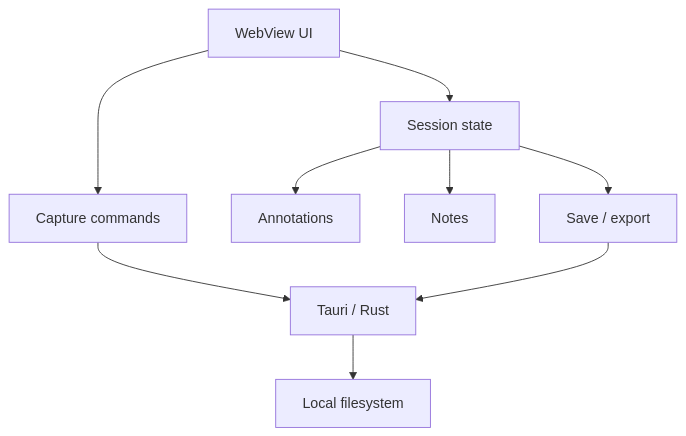
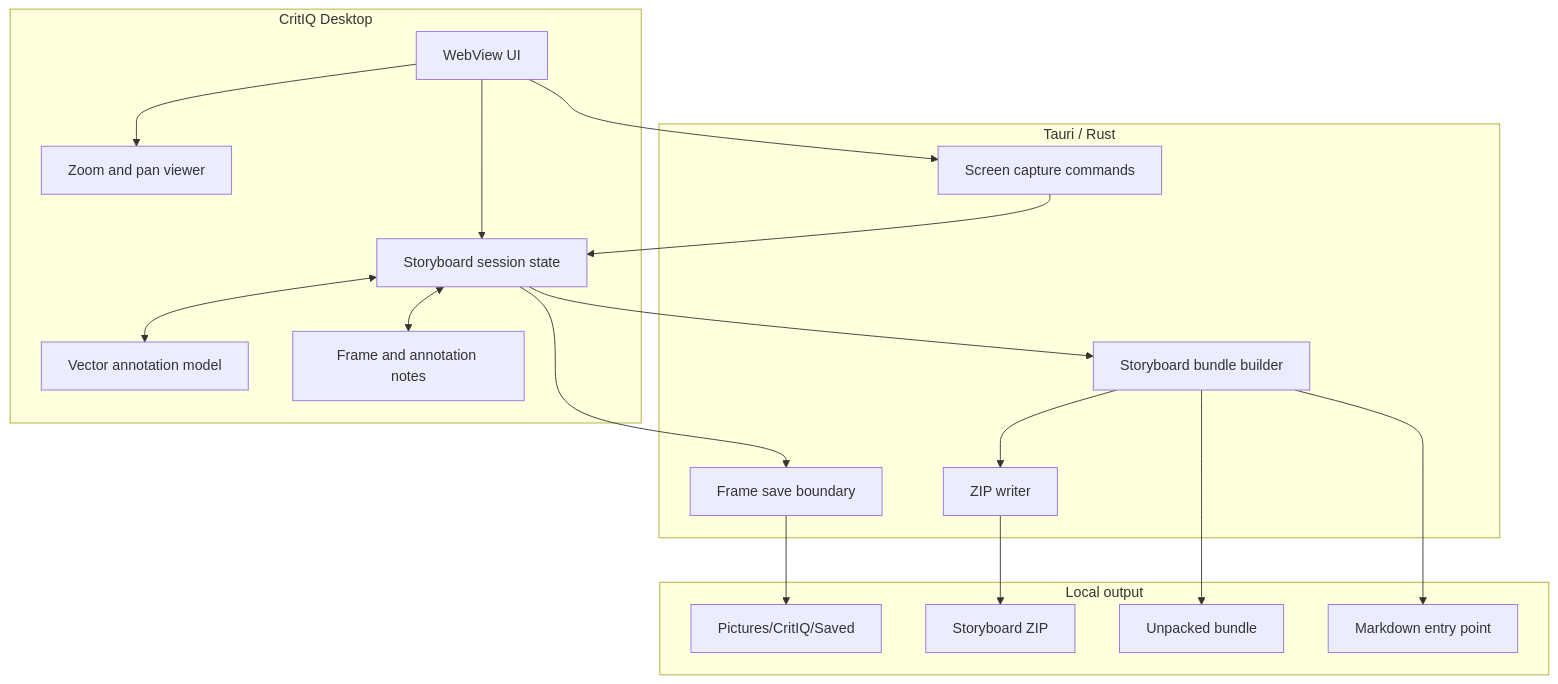
The second of 2 diagrams in README.md (MythologIQ-Labs-LLC/CritIQ), drawn with Mermaid before and after one commit. The commit also changed other lines of this file and 47 other files, not shown here.

First line of the commit message:
Complete CritIQ local desktop feature set (#8)

````diff
--- a/README.md
+++ b/README.md
@@ -80,11 +142,38 @@
 ```mermaid
 flowchart TB
-    UI[WebView UI] --> SESSION[Session state]
-    UI --> CAPTURE[Capture commands]
-    SESSION --> MARKUP[Annotations]
-    SESSION --> NOTES[Notes]
-    SESSION --> EXPORT[Save / export]
-    CAPTURE --> RUST[Tauri / Rust]
-    EXPORT --> RUST
-    RUST --> LOCAL[Local filesystem]
+    subgraph Desktop[CritIQ Desktop]
+        UI[WebView UI]
+        SESSION[Storyboard session state]
+        MARKUP[Vector annotation model]
+        NOTES[Frame and annotation notes]
+        VIEWER[Zoom and pan viewer]
+    end
+
+    subgraph Rust[Tauri / Rust]
+        CAPTURE[Screen capture commands]
+        SAVE[Frame save boundary]
+        BUNDLE[Storyboard bundle builder]
+        ARCHIVE[ZIP writer]
+    end
+
+    subgraph Output[Local output]
+        SAVED[Pictures/CritIQ/Saved]
+        ZIP[Storyboard ZIP]
+        FOLDER[Unpacked bundle]
+        MD[Markdown entry point]
+    end
+
+    UI --> SESSION
+    SESSION <--> MARKUP
+    SESSION <--> NOTES
+    UI --> VIEWER
+    UI --> CAPTURE
+    CAPTURE --> SESSION
+    SESSION --> SAVE
+    SESSION --> BUNDLE
+    BUNDLE --> ARCHIVE
+    SAVE --> SAVED
+    ARCHIVE --> ZIP
+    BUNDLE --> FOLDER
+    BUNDLE --> MD
 ```
````
